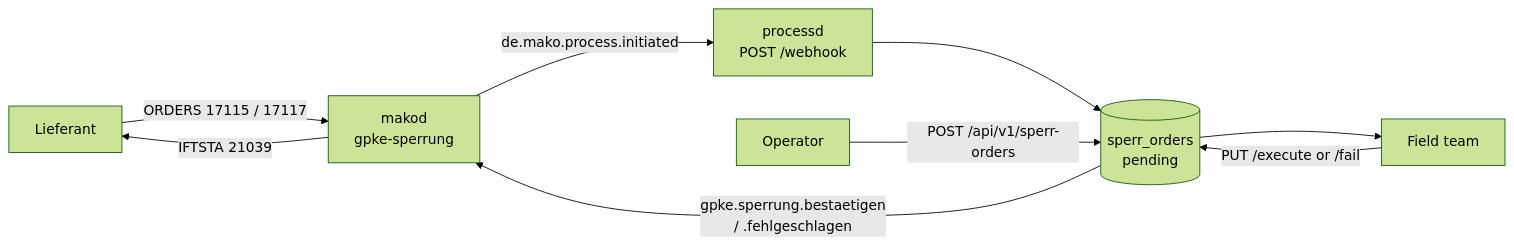
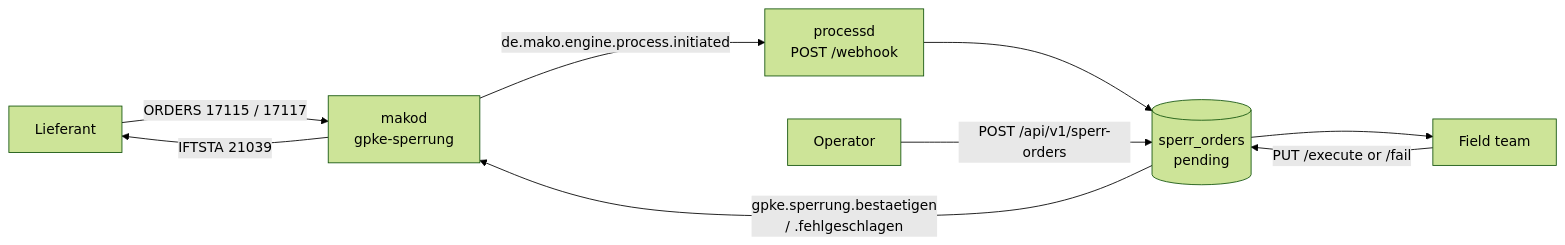
The third of 3 diagrams in site/content/docs/services/processd.md (hupe1980/mako), drawn with Mermaid (forest theme) before and after one commit. The commit also changed other lines of this file and 379 other files, not shown here.

````diff
--- a/site/content/docs/services/processd.md
+++ b/site/content/docs/services/processd.md
@@ -989,11 +989,11 @@
 ```mermaid
 flowchart LR
     LF["Lieferant"] -->|"ORDERS 17115 / 17117"| MAKOD["makod<br/>gpke-sperrung"]
-    MAKOD -->|"de.mako.process.initiated"| WH["processd<br/>POST /webhook"]
+    MAKOD -->|"de.mako.engine.process.initiated"| WH["processd<br/>POST /webhook"]
     WH --> Q[("sperr_orders<br/>pending")]
     OP["Operator"] -->|"POST /api/v1/sperr-orders"| Q
     Q --> FIELD["Field team"]
     FIELD -->|"PUT /execute or /fail"| Q
     Q -->|"gpke.sperrung.bestaetigen<br/>/ .fehlgeschlagen"| MAKOD
     MAKOD -->|"IFTSTA 21039"| LF
 ```
````
